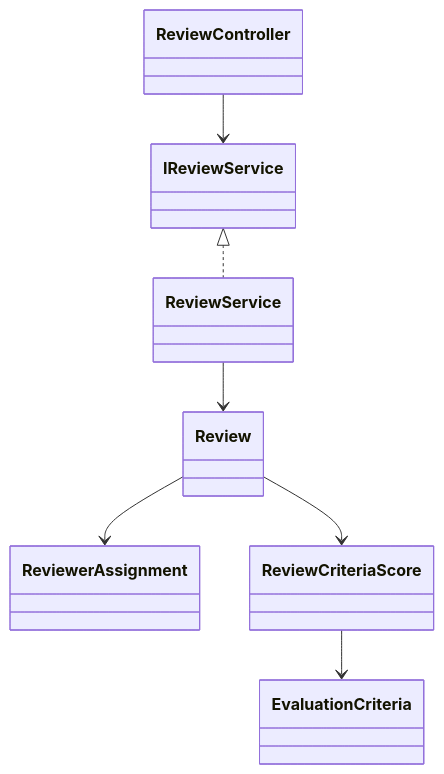
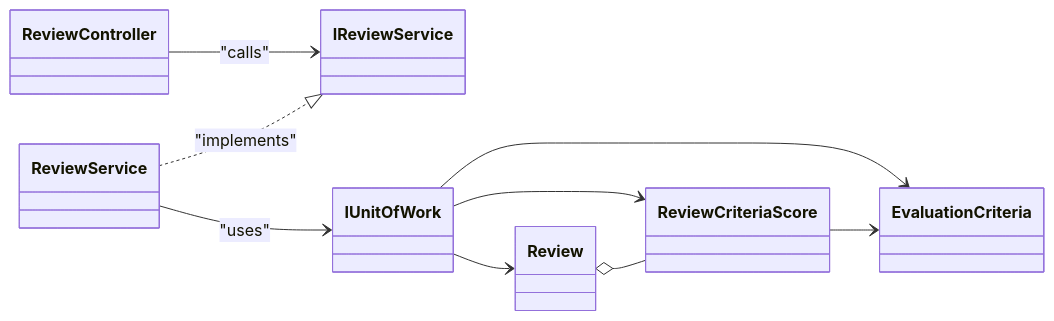
One commit to CapBotAI/CBAI_API changed the diagram in Diagram/09_Review/class.mermaid. Above: the diagram before and after it, drawn with Mermaid. The commit also changed 10 other files, not shown here.

Commit message:
Refactor diagrams for TopicVersion, Submission, ReviewerSuggestion, ReviewerAssignment, and Review modules

```diff
--- a/Diagram/09_Review/class.mermaid
+++ b/Diagram/09_Review/class.mermaid
@@ -1,15 +1,29 @@
 classDiagram
+    direction LR
+
+    %% Controller layer
     class ReviewController
+
+    %% Service interface and implementation
     class IReviewService
     class ReviewService
+    ReviewController --> IReviewService : "calls"
+    ReviewService ..|> IReviewService : "implements"
+
+    %% Dependencies
+    class IUnitOfWork
+    ReviewService --> IUnitOfWork : "uses"
+
+    %% Entities
     class Review
-    class ReviewerAssignment
     class ReviewCriteriaScore
     class EvaluationCriteria
 
-    ReviewController --> IReviewService
-    IReviewService <|.. ReviewService
-    ReviewService --> Review
-    Review --> ReviewerAssignment
-    Review --> ReviewCriteriaScore
+    %% IUnitOfWork provides access to entity repositories
+    IUnitOfWork --> Review
+    IUnitOfWork --> ReviewCriteriaScore
+    IUnitOfWork --> EvaluationCriteria
+
+    %% Simplified entity relationships
+    Review o-- ReviewCriteriaScore
     ReviewCriteriaScore --> EvaluationCriteria
```
